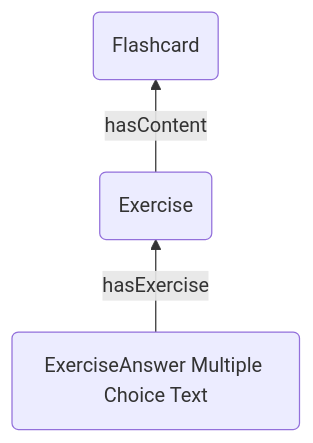
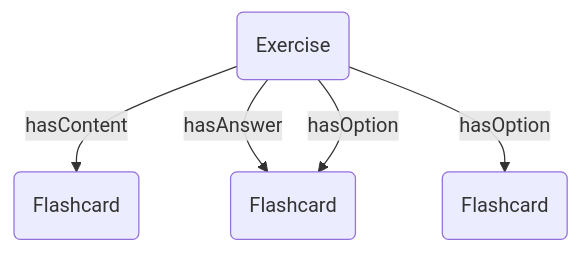
The sixth of 10 diagrams in docs/graph-representation.md (Explik/diybirdyapp), drawn with Mermaid before and after one commit. The commit also changed other lines of this file, not shown here.

Commit message:
Updating graph representation prior to development

````diff
--- a/docs/graph-representation.md
+++ b/docs/graph-representation.md
@@ -75,9 +75,12 @@
 ```mermaid
-graph BT
-V1(Exercise)
-V2(Flashcard)
-V3(ExerciseAnswer Multiple Choice Text)
+graph TB
+Exercise(Exercise)
+Flashcard1(Flashcard)
+Flashcard2(Flashcard)
+Flashcard3(Flashcard)
 
-V1--hasContent-->V2
-V3--hasExercise-->V1
+Exercise--hasContent-->Flashcard1
+Exercise--hasAnswer-->Flashcard2
+Exercise--hasOption-->Flashcard2
+Exercise--hasOption-->Flashcard3
 ```
````
